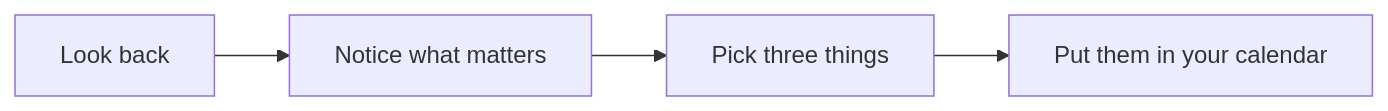
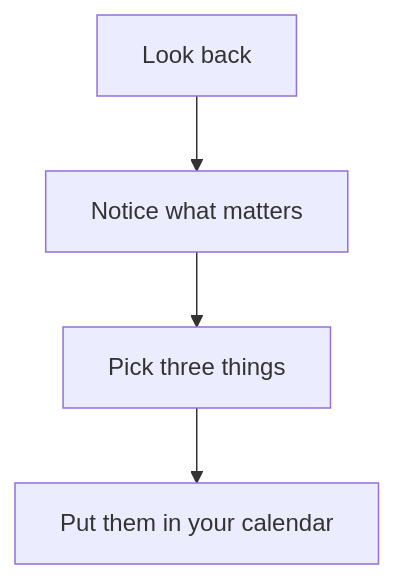
One commit to benthepsychologist/booklet-registry changed the diagram in modules/tpl-weekly-review.md. Above: the diagram before and after it, drawn with Mermaid. The commit also changed other lines of this file and 3 other files, not shown here.

Commit message:
Templates: diagrams fit a narrow column (top-to-bottom), Allow note true on both Obsidian versions

````diff
--- a/modules/tpl-weekly-review.md
+++ b/modules/tpl-weekly-review.md
@@ -162,6 +162,6 @@
 ```mermaid
-flowchart LR
+flowchart TD
   A[Look back] --> B[Notice what matters]
   B --> C[Pick three things]
   C --> D[Put them in your calendar]
 ```
````
